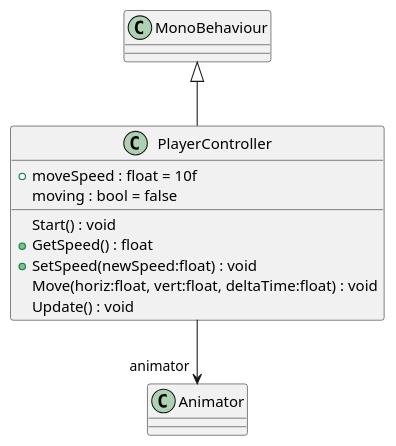
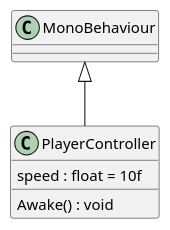
One commit to 2314577483/Vampire-Hunter changed the diagram in UML/Assets/Scripts/PlayerController.puml. Above: the diagram before and after it, drawn with PlantUML. The commit also changed 13 other files, not shown here.

Commit message:
Generate UML (Generate UML)

```diff
--- a/UML/Assets/Scripts/PlayerController.puml
+++ b/UML/Assets/Scripts/PlayerController.puml
@@ -1,13 +1,7 @@
 @startuml
 class PlayerController {
-    + moveSpeed : float = 10f
-    moving : bool = false
-    Start() : void
-    + GetSpeed() : float
-    + SetSpeed(newSpeed:float) : void
-    Move(horiz:float, vert:float, deltaTime:float) : void
-    Update() : void
+    speed : float = 10f
+    Awake() : void
 }
 MonoBehaviour <|-- PlayerController
-PlayerController --> "animator" Animator
 @enduml
```
